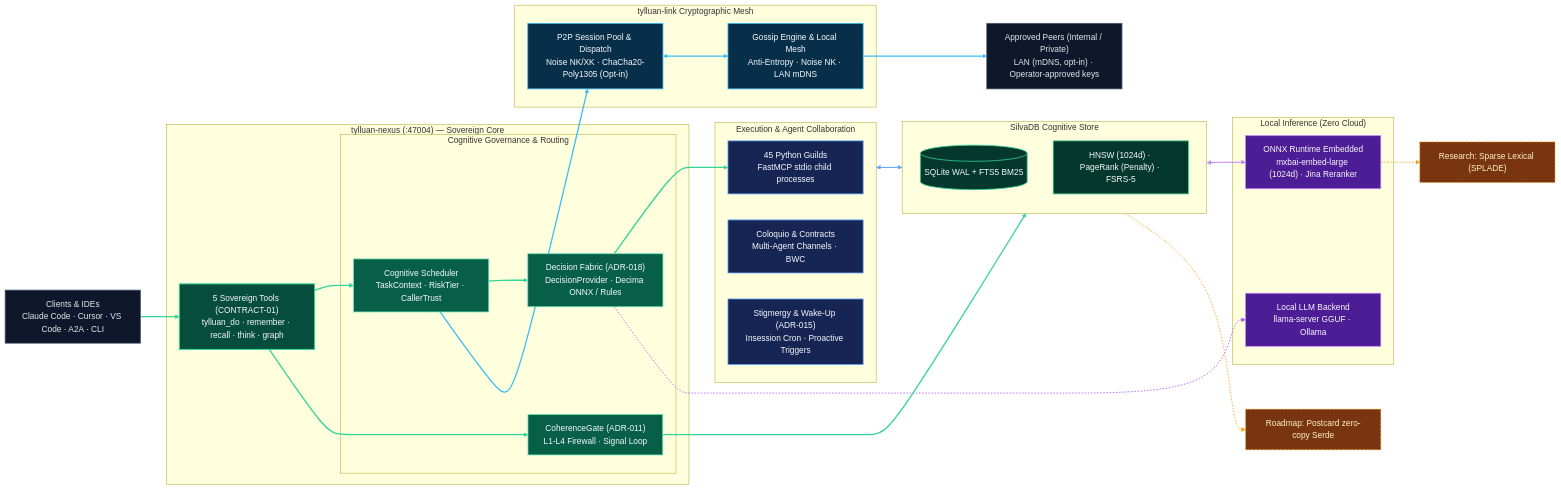
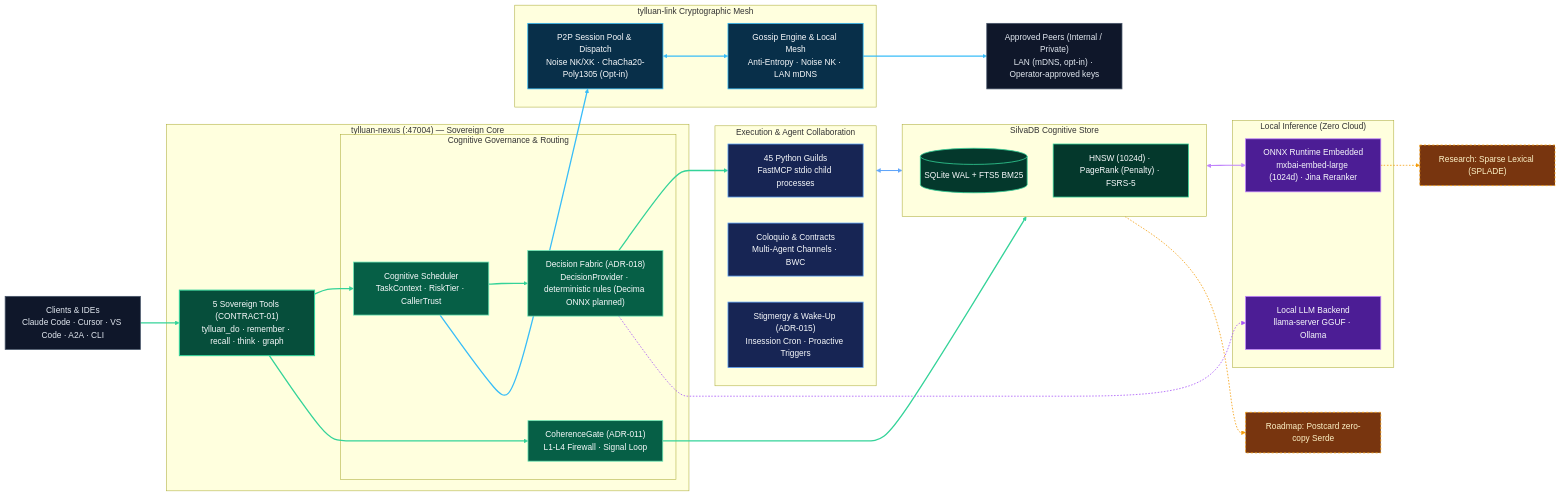
One commit to Forja-orca/tylluan changed the diagram in README.md. Above: the diagram before and after it, drawn with Mermaid. The commit also changed other lines of this file and 3 other files, not shown here.

First line of the commit message:
docs: remove unverified claims from the mesh/diagram rewrite; keep the SVG generator in sync

````diff
--- a/README.md
+++ b/README.md
@@ -343,80 +343,80 @@
 ```mermaid
 flowchart LR
   CLIENTS["Clients & IDEs<br/>Claude Code · Cursor · VS Code · A2A · CLI"]
 
   subgraph SOVEREIGN["tylluan-nexus (:47004) — Sovereign Core"]
     TOOLS["5 Sovereign Tools (CONTRACT-01)<br/>tylluan_do · remember · recall · think · graph"]
 
     subgraph GOVERN["Cognitive Governance & Routing"]
       SCHED["Cognitive Scheduler<br/>TaskContext · RiskTier · CallerTrust"]
-      DECIDER["Decision Fabric (ADR-018)<br/>DecisionProvider · Decima ONNX / Rules"]
+      DECIDER["Decision Fabric (ADR-018)<br/>DecisionProvider · deterministic rules (Decima ONNX planned)"]
       CGATE["CoherenceGate (ADR-011)<br/>L1-L4 Firewall · Signal Loop"]
     end
   end
 
   subgraph MEMORY["SilvaDB Cognitive Store"]
     SILVA[("SQLite WAL + FTS5 BM25")]
     GRAPH["HNSW (1024d) · PageRank (Penalty) · FSRS-5"]
   end
 
   subgraph INFER["Local Inference (Zero Cloud)"]
     ONNX["ONNX Runtime Embedded<br/>mxbai-embed-large (1024d) · Jina Reranker"]
     LLAMA["Local LLM Backend<br/>llama-server GGUF · Ollama"]
   end
 
   subgraph EXEC["Execution & Agent Collaboration"]
     GUILDS["45 Python Guilds<br/>FastMCP stdio child processes"]
     COLOQUIO["Coloquio & Contracts<br/>Multi-Agent Channels · BWC"]
     WAKE["Stigmergy & Wake-Up (ADR-015)<br/>Insession Cron · Proactive Triggers"]
   end
 
   subgraph MESH["tylluan-link Cryptographic Mesh"]
     P2P["P2P Session Pool & Dispatch<br/>Noise NK/XK · ChaCha20-Poly1305 (Opt-in)"]
     GOSSIP["Gossip Engine & Local Mesh<br/>Anti-Entropy · Noise NK · LAN mDNS"]
   end
 
   PEERS["Approved Peers (Internal / Private)<br/>LAN (mDNS, opt-in) · Operator-approved keys"]
 
   SPARSE["Research: Sparse Lexical (SPLADE)"]:::future
   POSTCARD["Roadmap: Postcard zero-copy Serde"]:::future
 
   CLIENTS ==> TOOLS
   TOOLS ==> SCHED
   SCHED ==> DECIDER
   DECIDER ==> GUILDS
   TOOLS ==> CGATE
   CGATE ==> MEMORY
   MEMORY <==> ONNX
   EXEC <==> MEMORY
   DECIDER -.-> LLAMA
   SCHED ==> P2P
   P2P <==> GOSSIP
   GOSSIP ==> PEERS
 
   ONNX -.-> SPARSE
   MEMORY -.-> POSTCARD
 
   classDef sovStyle fill:#064e3b,stroke:#34d399,color:#f8fafc,stroke-width:2px;
   classDef govStyle fill:#065f46,stroke:#6ee7b7,color:#f8fafc,stroke-width:1.5px;
   classDef memStyle fill:#04382c,stroke:#34d399,color:#f8fafc,stroke-width:1.5px;
   classDef execStyle fill:#172554,stroke:#60a5fa,color:#f8fafc,stroke-width:1.5px;
   classDef inferStyle fill:#4c1d95,stroke:#c084fc,color:#f8fafc,stroke-width:1.5px;
   classDef meshStyle fill:#082f49,stroke:#38bdf8,color:#f8fafc,stroke-width:1.5px;
   classDef extStyle fill:#0f172a,stroke:#475569,color:#e2e8f0,stroke-width:1.5px;
   classDef future fill:#78350f,stroke:#f59e0b,stroke-width:1.5px,stroke-dasharray:4 4,color:#fef3c7;
 
   class CLIENTS,PEERS extStyle;
   class TOOLS sovStyle;
   class SCHED,DECIDER,CGATE govStyle;
   class SILVA,GRAPH memStyle;
   class GUILDS,COLOQUIO,WAKE execStyle;
   class ONNX,LLAMA inferStyle;
   class P2P,GOSSIP meshStyle;
 
   linkStyle 0,1,2,3,4,5 stroke:#34d399,stroke-width:2.5px;
   linkStyle 6 stroke:#c084fc,stroke-width:2px;
   linkStyle 7 stroke:#60a5fa,stroke-width:2px;
   linkStyle 8 stroke:#a855f7,stroke-width:1.5px,stroke-dasharray:3 3;
   linkStyle 9,10,11 stroke:#38bdf8,stroke-width:2.5px;
   linkStyle 12,13 stroke:#f59e0b,stroke-width:1.5px,stroke-dasharray:3 3;
 ```
````
